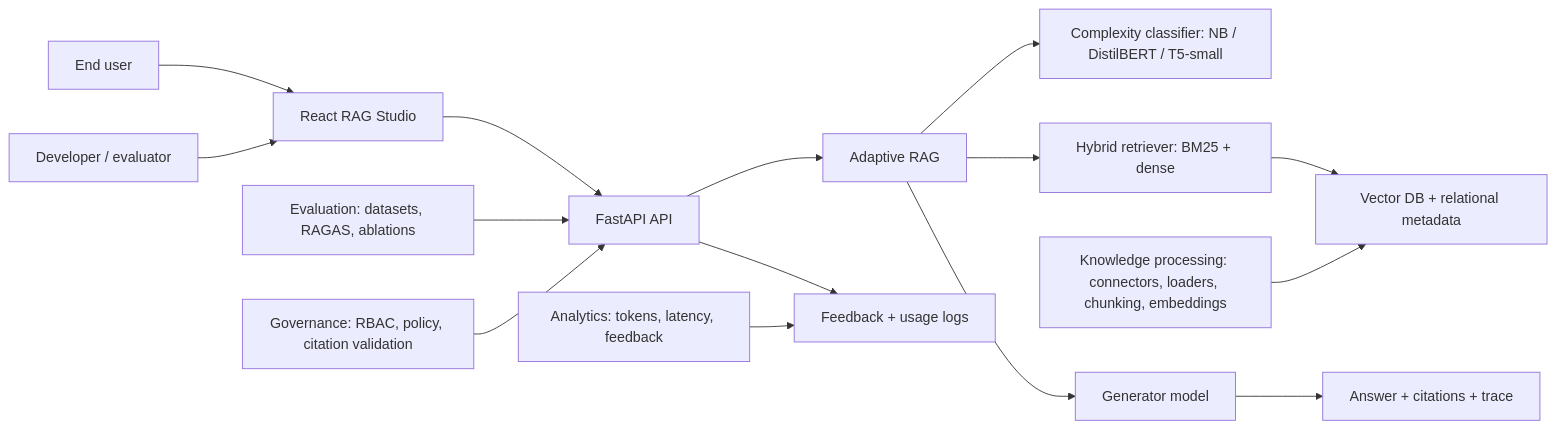
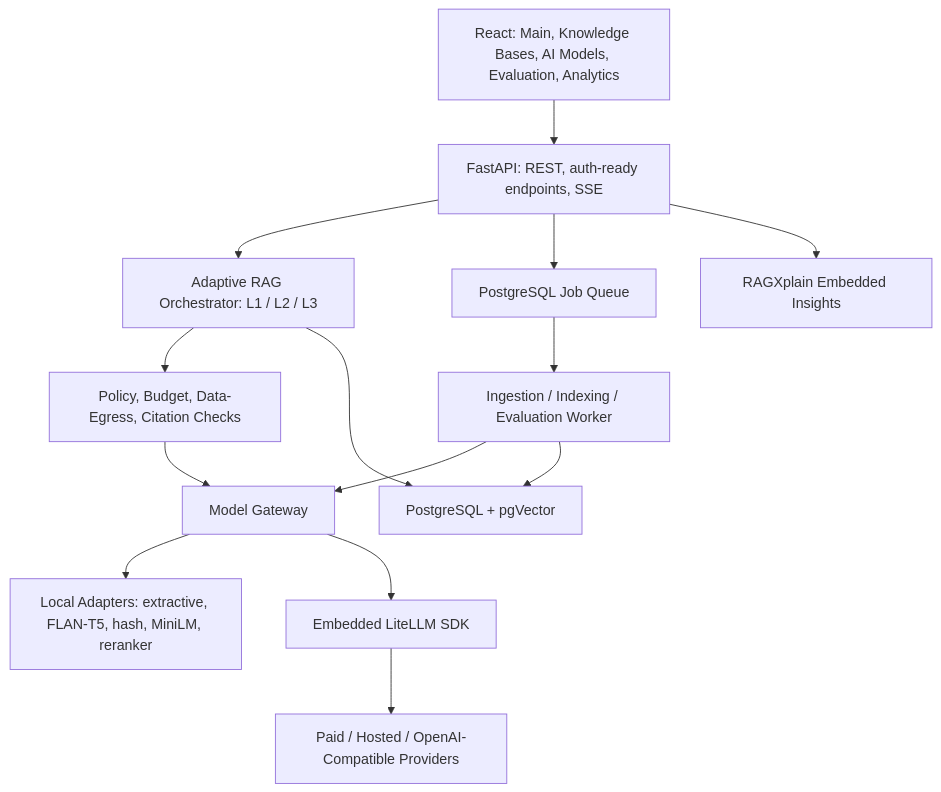
The diagram in docs/architecture.md (minh24mse23202/MSE), drawn with Mermaid before and after one commit. The commit also changed other lines of this file and 30 other files, not shown here.

Commit message:
Update Main RAG pipeline and Add AI models management

````diff
--- a/docs/architecture.md
+++ b/docs/architecture.md
@@ -3,17 +3,25 @@
 ```mermaid
-flowchart LR
-    EndUser["End user"] --> Frontend["React RAG Studio"]
-    Developer["Developer / evaluator"] --> Frontend
-    Frontend --> API["FastAPI API"]
-    API --> Adaptive["Adaptive RAG"]
-    Adaptive --> Classifier["Complexity classifier: NB / DistilBERT / T5-small"]
-    Adaptive --> Retriever["Hybrid retriever: BM25 + dense"]
-    Retriever --> Storage["Vector DB + relational metadata"]
-    Adaptive --> Generator["Generator model"]
-    Generator --> Answer["Answer + citations + trace"]
-    API --> Feedback["Feedback + usage logs"]
-    Knowledge["Knowledge processing: connectors, loaders, chunking, embeddings"] --> Storage
-    Eval["Evaluation: datasets, RAGAS, ablations"] --> API
-    Analytics["Analytics: tokens, latency, feedback"] --> Feedback
-    Governance["Governance: RBAC, policy, citation validation"] --> API
+flowchart TB
+    UI["React: Main, Knowledge Bases, AI Models, Evaluation, Analytics"]
+    API["FastAPI: REST, auth-ready endpoints, SSE"]
+    RAG["Adaptive RAG Orchestrator: L1 / L2 / L3"]
+    POLICY["Policy, Budget, Data-Egress, Citation Checks"]
+    GATEWAY["Model Gateway"]
+    LOCAL["Local Adapters: extractive, FLAN-T5, hash, MiniLM, reranker"]
+    LITELLM["Embedded LiteLLM SDK"]
+    PROVIDERS["Paid / Hosted / OpenAI-Compatible Providers"]
+    STORAGE["PostgreSQL + pgVector"]
+    JOBS["PostgreSQL Job Queue"]
+    WORKER["Ingestion / Indexing / Evaluation Worker"]
+    RAGX["RAGXplain Embedded Insights"]
+
+    UI --> API
+    API --> RAG --> POLICY --> GATEWAY
+    GATEWAY --> LOCAL
+    GATEWAY --> LITELLM --> PROVIDERS
+    RAG --> STORAGE
+    API --> JOBS --> WORKER
+    WORKER --> GATEWAY
+    WORKER --> STORAGE
+    API --> RAGX
 ```
````
